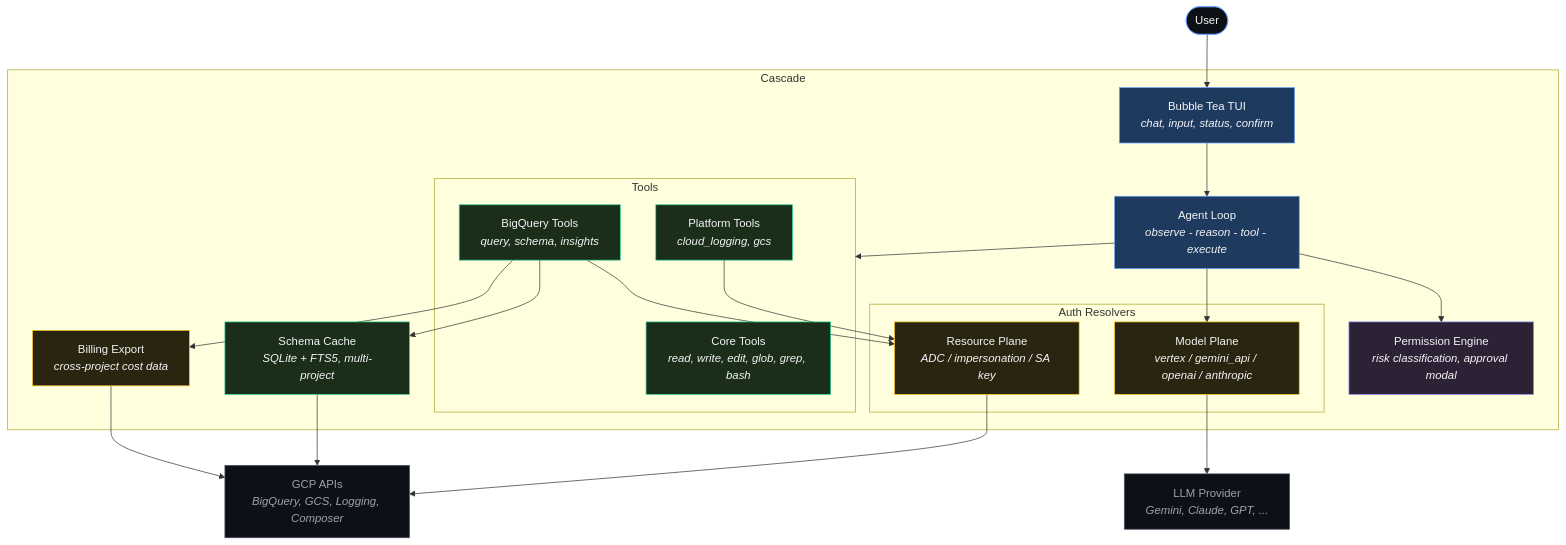
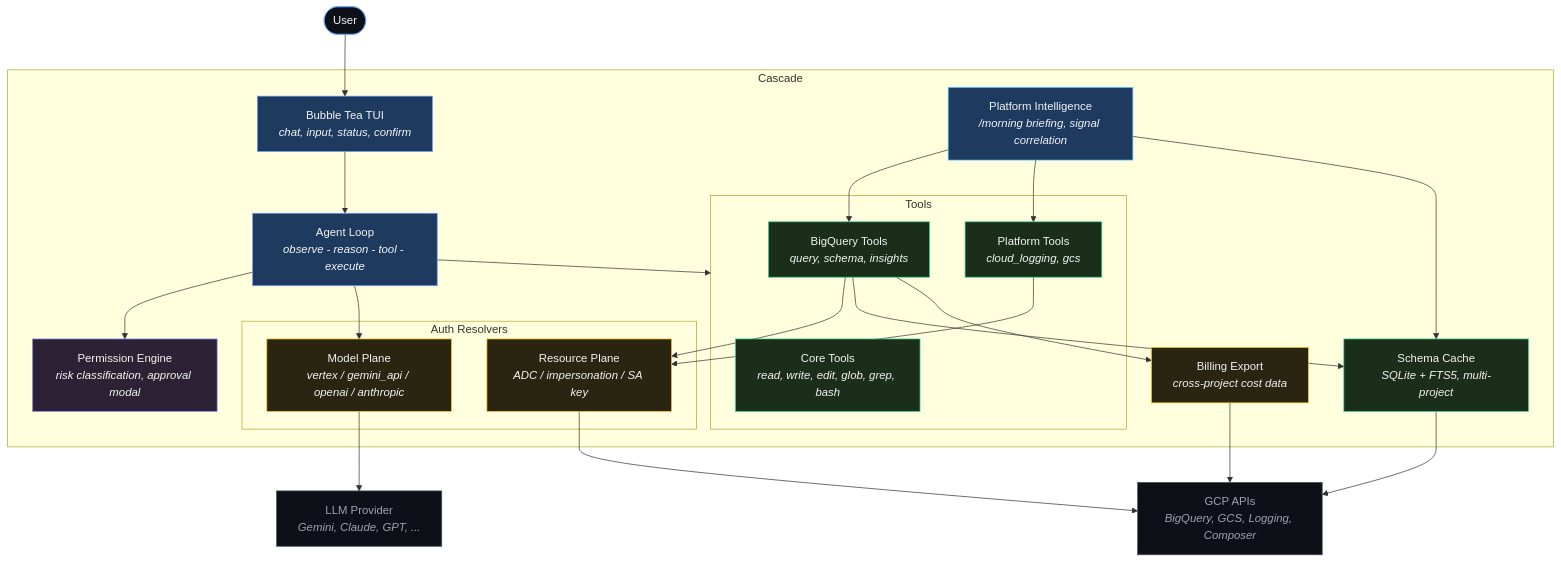
The diagram in README.md (yogirk/cascade), drawn with Mermaid before and after one commit. The commit also changed other lines of this file and 22 other files, not shown here.

First line of the commit message:
feat: platform intelligence, eng review hardening

````diff
--- a/README.md
+++ b/README.md
@@ -175,48 +185,54 @@
 ```mermaid
 graph TD
     User([User]) --> TUI
 
     subgraph Cascade
         TUI[Bubble Tea TUI<br/><i>chat, input, status, confirm</i>]
         TUI --> Agent[Agent Loop<br/><i>observe - reason - tool - execute</i>]
         Agent --> Permissions[Permission Engine<br/><i>risk classification, approval modal</i>]
 
         Agent --> Tools
 
         subgraph Tools
             Core[Core Tools<br/><i>read, write, edit, glob, grep, bash</i>]
             BQTools[BigQuery Tools<br/><i>query, schema, insights</i>]
             PlatformTools[Platform Tools<br/><i>cloud_logging, gcs</i>]
         end
+
+        Morning[Platform Intelligence<br/><i>/morning briefing, signal correlation</i>]
+        Morning --> BQTools
+        Morning --> PlatformTools
+        Morning --> SchemaCache
 
         subgraph Auth[Auth Resolvers]
             Resource[Resource Plane<br/><i>ADC / impersonation / SA key</i>]
             Model[Model Plane<br/><i>vertex / gemini_api / openai / anthropic</i>]
         end
 
         Agent --> Model
         BQTools --> Resource
         PlatformTools --> Resource
         BQTools --> SchemaCache[Schema Cache<br/><i>SQLite + FTS5, multi-project</i>]
         BQTools --> BillingExport[Billing Export<br/><i>cross-project cost data</i>]
     end
 
     Model --> LLM[LLM Provider<br/><i>Gemini, Claude, GPT, ...</i>]
     Resource --> GCP[GCP APIs<br/><i>BigQuery, GCS, Logging, Composer</i>]
     SchemaCache --> GCP
     BillingExport --> GCP
 
+    style Morning fill:#1e3a5f,stroke:#38BDF8,color:#F3F4F6
     style TUI fill:#1e3a5f,stroke:#6B9FFF,color:#F3F4F6
     style Agent fill:#1e3a5f,stroke:#6B9FFF,color:#F3F4F6
     style Permissions fill:#2d2235,stroke:#818CF8,color:#F3F4F6
     style Core fill:#1a2e1a,stroke:#34D399,color:#F3F4F6
     style BQTools fill:#1a2e1a,stroke:#34D399,color:#F3F4F6
     style PlatformTools fill:#1a2e1a,stroke:#34D399,color:#F3F4F6
     style Resource fill:#2a2510,stroke:#FBBF24,color:#F3F4F6
     style Model fill:#2a2510,stroke:#FBBF24,color:#F3F4F6
     style SchemaCache fill:#1a2e1a,stroke:#34D399,color:#F3F4F6
     style BillingExport fill:#2a2510,stroke:#FBBF24,color:#F3F4F6
     style LLM fill:#0d1117,stroke:#4B5563,color:#9CA3AF
     style GCP fill:#0d1117,stroke:#4B5563,color:#9CA3AF
     style User fill:#0d1117,stroke:#6B9FFF,color:#F3F4F6
 ```
````
